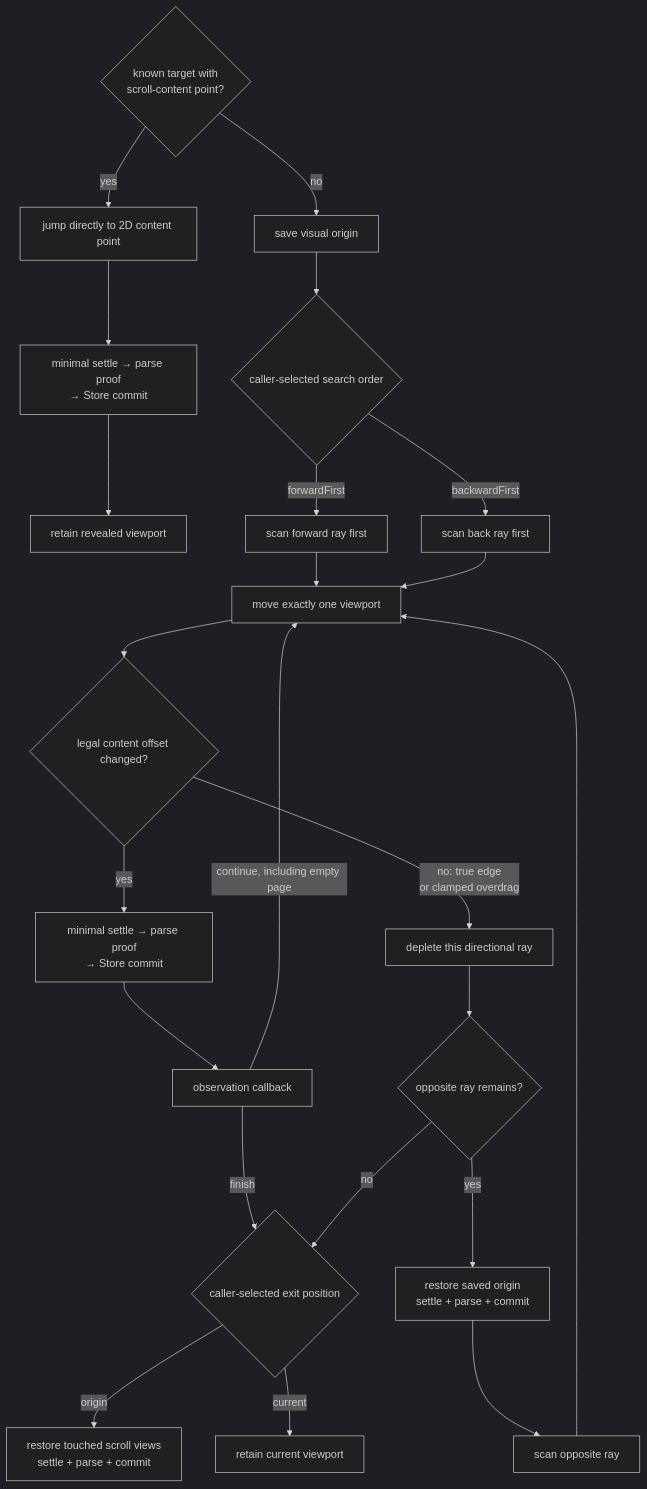
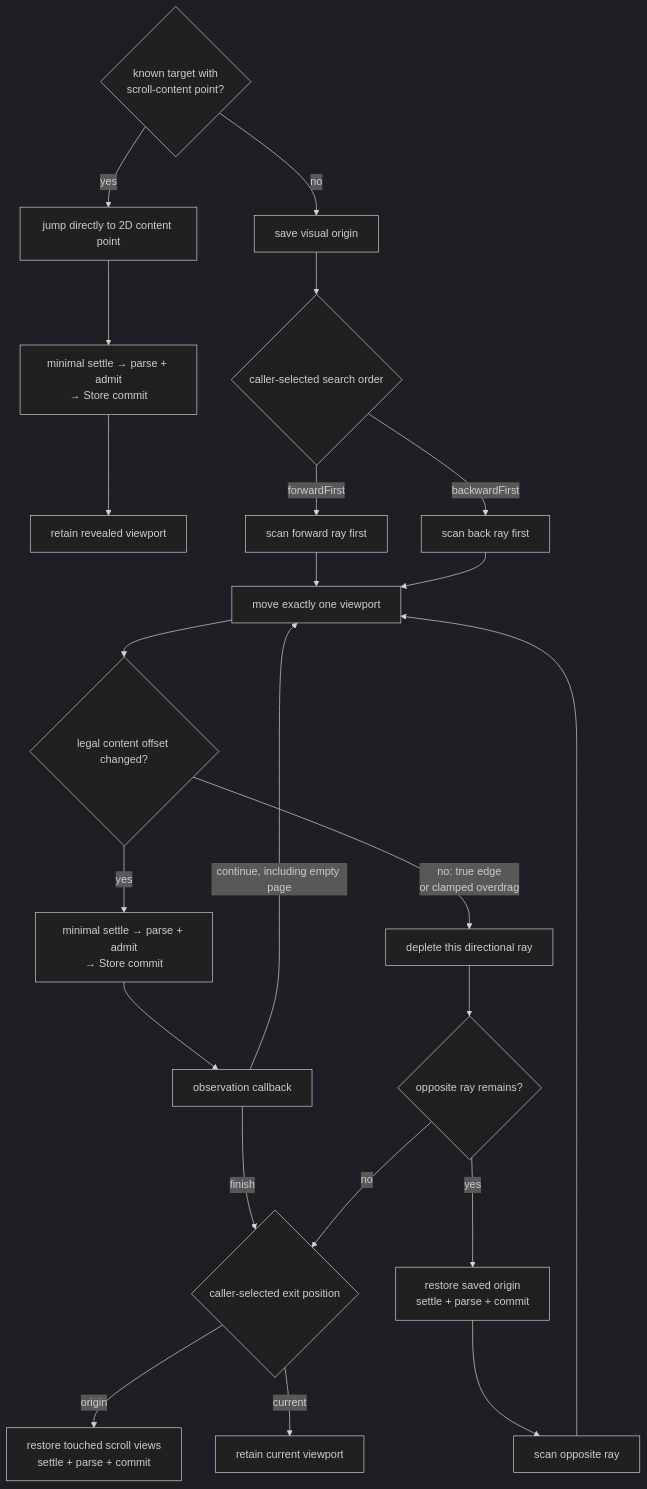
The third of 5 diagrams in docs/diagrams/observation-pipeline.md (RoyalPineapple/TheButtonHeist), drawn with Mermaid (dark theme) before and after one commit. The commit also changed other lines of this file and 461 other files, not shown here.

````diff
--- a/docs/diagrams/observation-pipeline.md
+++ b/docs/diagrams/observation-pipeline.md
@@ -143,25 +143,25 @@
 ```mermaid
 flowchart TD
     Target{"known target with<br/>scroll-content point?"} -->|yes| Direct["jump directly to 2D content point"]
-    Direct --> DirectCommit["minimal settle → parse proof<br/>→ Store commit"]
+    Direct --> DirectCommit["minimal settle → parse + admit<br/>→ Store commit"]
     DirectCommit --> RetainKnown["retain revealed viewport"]
     Target -->|no| Save["save visual origin"]
     Save --> Order{"caller-selected search order"}
     Order -->|forwardFirst| FirstForward["scan forward ray first"]
     Order -->|backwardFirst| FirstBack["scan back ray first"]
     FirstForward --> Move["move exactly one viewport"]
     FirstBack --> Move
     Move --> Legal{"legal content offset changed?"}
-    Legal -->|yes| Commit["minimal settle → parse proof<br/>→ Store commit"]
+    Legal -->|yes| Commit["minimal settle → parse + admit<br/>→ Store commit"]
     Legal -->|no: true edge<br/>or clamped overdrag| Deplete["deplete this directional ray"]
     Commit --> Callback["observation callback"]
     Callback -->|finish| Finalize{"caller-selected exit position"}
     Callback -->|continue, including empty page| Move
     Deplete --> Opposite{"opposite ray remains?"}
     Opposite -->|yes| RestoreBetween["restore saved origin<br/>settle + parse + commit"]
     RestoreBetween --> OtherRay["scan opposite ray"]
     OtherRay --> Move
     Opposite -->|no| Finalize
     Finalize -->|origin| RestoreAll["restore touched scroll views<br/>settle + parse + commit"]
     Finalize -->|current| Retain["retain current viewport"]
 ```
````
